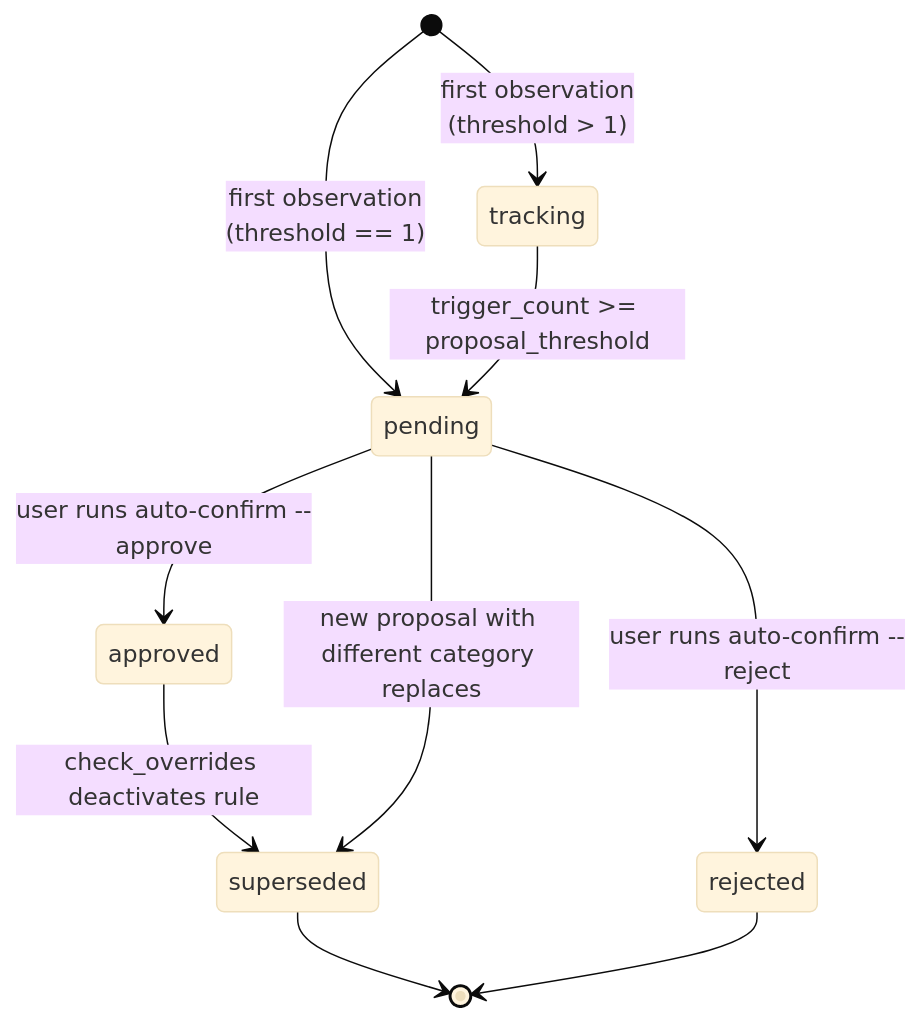
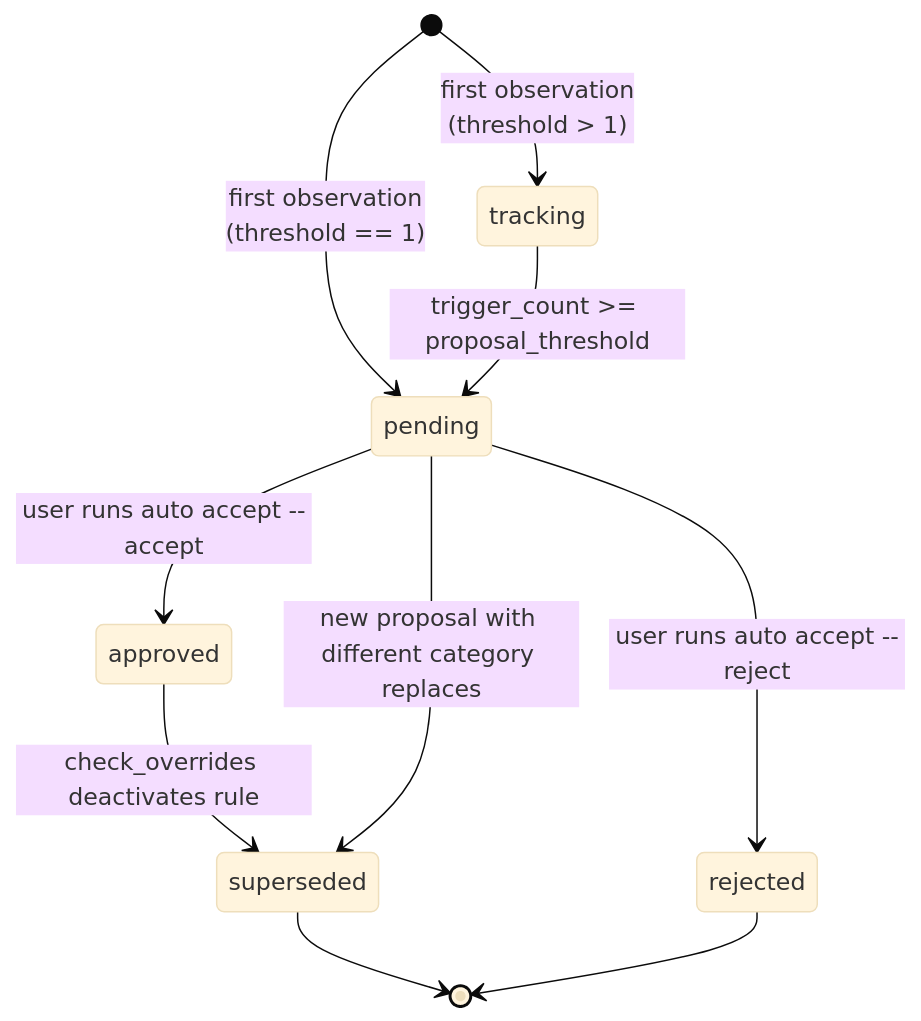
Before and after one commit to bsaffel/moneybin: the second of 4 diagrams in docs/tech/auto-rule-pipeline.md, drawn with Mermaid (base theme). The commit also changed other lines of this file and 33 other files, not shown here.

````diff
--- a/docs/tech/auto-rule-pipeline.md
+++ b/docs/tech/auto-rule-pipeline.md
@@ -23,12 +35,12 @@
 ```mermaid
 stateDiagram-v2
     [*] --> tracking: first observation<br/>(threshold > 1)
     [*] --> pending: first observation<br/>(threshold == 1)
     tracking --> pending: trigger_count >= proposal_threshold
-    pending --> approved: user runs auto-confirm --approve
-    pending --> rejected: user runs auto-confirm --reject
+    pending --> approved: user runs auto accept --accept
+    pending --> rejected: user runs auto accept --reject
     approved --> superseded: check_overrides deactivates rule
     pending --> superseded: new proposal with different category replaces
     superseded --> [*]
     rejected --> [*]
 ```
````
